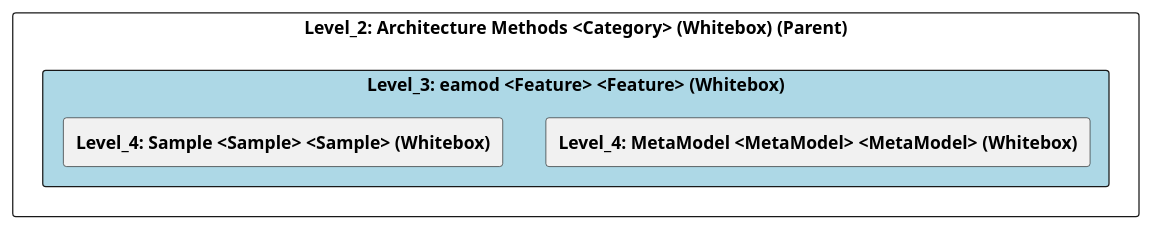
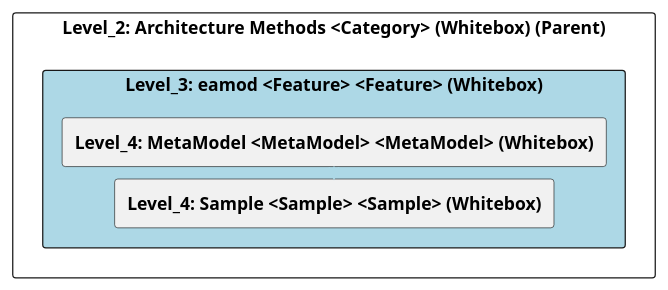
Before and after one commit to marcozwyssig/cleon: the diagram in doc/cleonproject_deliverables_architecture_model_architecture/adoc/de/05_bausteinsicht/cleon/architecture_methods/eamod/ebene_3_eamod.adoc, drawn with PlantUML. The commit also changed other lines of this file and 187 other files, not shown here.

```diff
--- a/doc/cleonproject_deliverables_architecture_model_architecture/adoc/de/05_bausteinsicht/cleon/architecture_methods/eamod/ebene_3_eamod.adoc
+++ b/doc/cleonproject_deliverables_architecture_model_architecture/adoc/de/05_bausteinsicht/cleon/architecture_methods/eamod/ebene_3_eamod.adoc
@@ -20,25 +20,28 @@
 [plantuml, Level_3: eamod <Feature> <Feature> (Whitebox)BlockOverview, format="svg"]
 ----
 @startuml Level_3: eamod <Feature> <Feature> (Whitebox)BuildingBlockOverview
 
 skinparam ranksep 10
 skinparam componentStyle rectangle
 skinparam shadowing false
 skinparam arrowColor lightblue
 skinparam arrowThickness 1.2
 skinparam rectangle {
   BackgroundColor White
   BorderColor #333
   RoundCorner 10
 }
 top to bottom direction
 
 component "Level_2: Architecture Methods <Category> (Whitebox) (Parent)" {
     component "Level_3: eamod <Feature> <Feature> (Whitebox)" #lightblue {
         [**Level_4: MetaModel <MetaModel> <MetaModel> (Whitebox)**] as 4A56DE52_D579_11EE_903E_9F564E4DE07E
         [**Level_4: Sample <Sample> <Sample> (Whitebox)**] as 4A56DE4F_D579_11EE_903E_9F564E4DE07E
     }
+
+    4A56DE52_D579_11EE_903E_9F564E4DE07E -down-> 4A56DE4F_D579_11EE_903E_9F564E4DE07E
+    
 }
 
 @enduml
 ----
```
